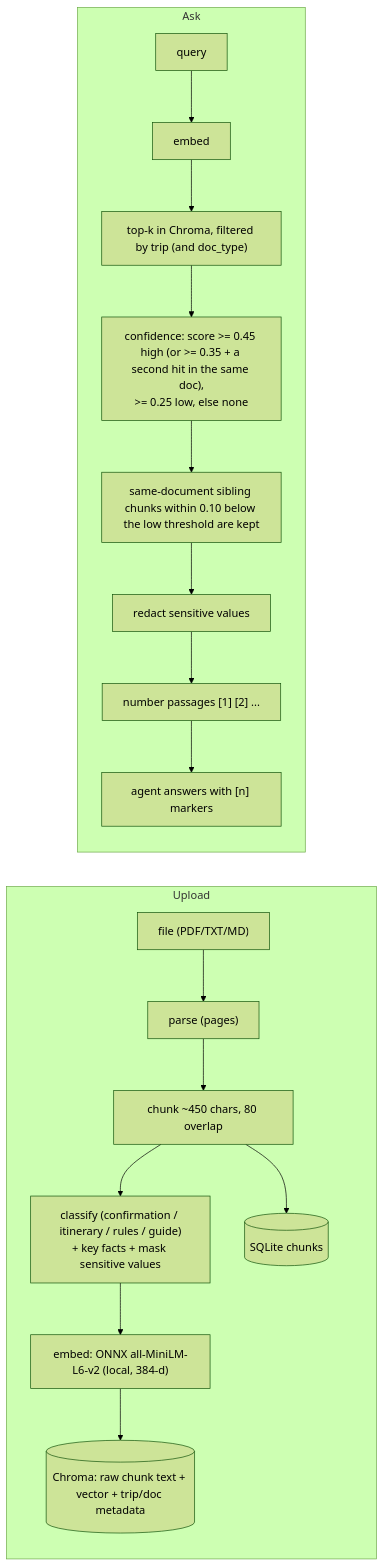
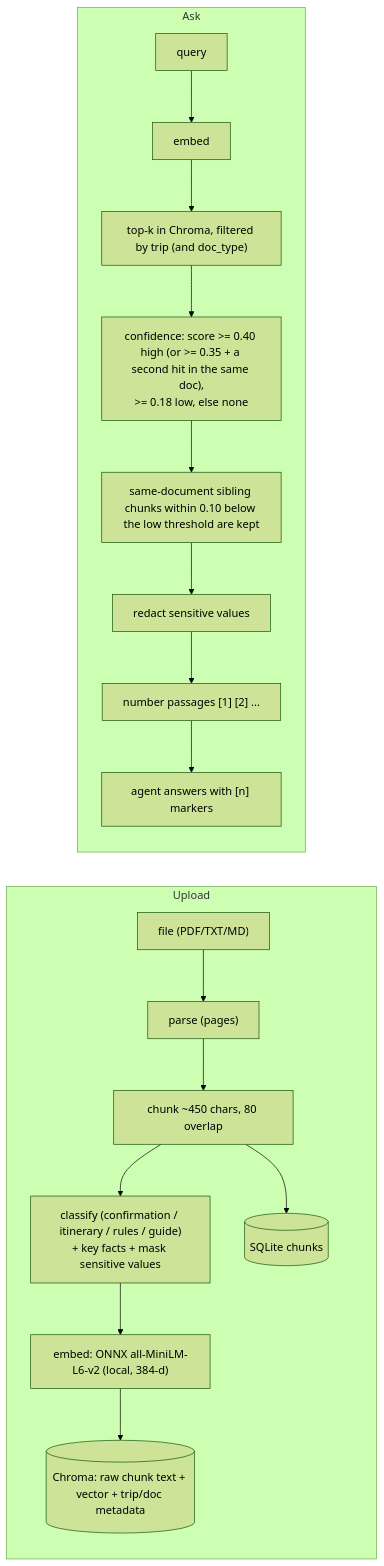
Before and after one commit to nitbaby/trip-mate: the third of 3 diagrams in docs/ARCHITECTURE.md, drawn with Mermaid (forest theme). The commit also changed other lines of this file and 20 other files, not shown here.

````diff
--- a/docs/ARCHITECTURE.md
+++ b/docs/ARCHITECTURE.md
@@ -101,14 +101,14 @@
 ```mermaid
 flowchart LR
   subgraph Upload
     F["file (PDF/TXT/MD)"] --> Pa["parse (pages)"] --> Ch["chunk ~450 chars, 80 overlap"] --> Cl["classify (confirmation / itinerary / rules / guide)<br/>+ key facts + mask sensitive values"]
     Cl --> Em["embed: ONNX all-MiniLM-L6-v2 (local, 384-d)"] --> CHr[("Chroma: raw chunk text + vector + trip/doc metadata")]
     Ch --> Sq[("SQLite chunks")]
   end
   subgraph Ask
     Qe["query"] --> Eq["embed"] --> Kn["top-k in Chroma, filtered by trip (and doc_type)"]
-    Kn --> Cf["confidence: score >= 0.45 high (or >= 0.35 + a second hit in the same doc),<br/>>= 0.25 low, else none"]
+    Kn --> Cf["confidence: score >= 0.40 high (or >= 0.35 + a second hit in the same doc),<br/>>= 0.18 low, else none"]
     Cf --> Sib["same-document sibling chunks within 0.10 below the low threshold are kept"]
     Sib --> Rd["redact sensitive values"] --> Nm["number passages [1] [2] ..."] --> Ag["agent answers with [n] markers"]
   end
 ```
````
